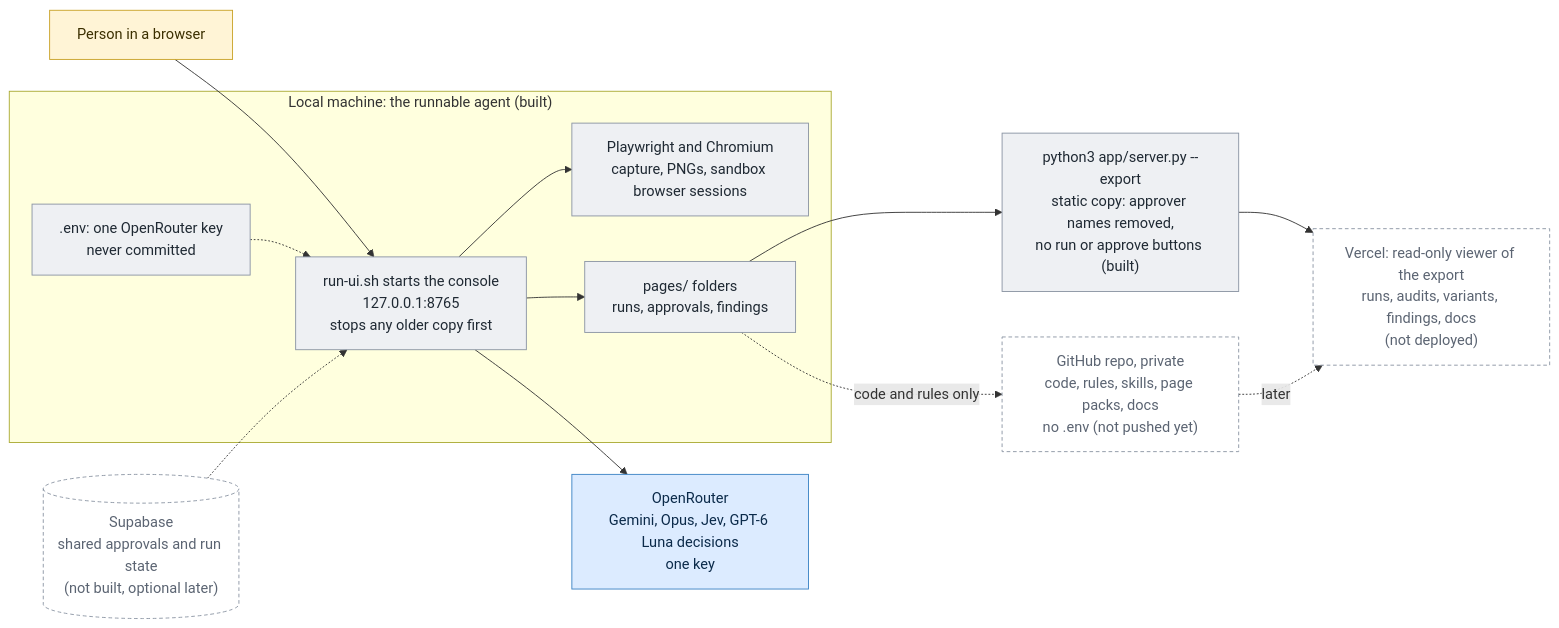
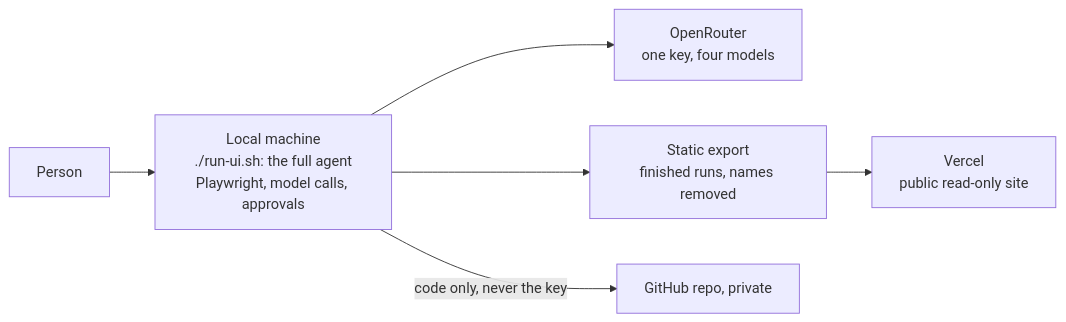
One commit to jtrnjn271994-cloud/sarvam-website-agent changed the third of 3 diagrams in docs/architecture.md. Above: the diagram before and after it, drawn with Mermaid. The commit also changed other lines of this file and 4 other files, not shown here.

Commit message:
Architecture back to the reference flow; Jev question groups; per-run flow diagram in findings; README walkthroughs for GitHub access and the Vercel key

````diff
--- a/docs/architecture.md
+++ b/docs/architecture.md
@@ -144,28 +86,8 @@
 ```mermaid
 flowchart LR
-    classDef p fill:#FFF4D6,stroke:#C9A227,color:#3b2f00
-    classDef s fill:#EEF0F3,stroke:#8A94A3,color:#1f2933
-    classDef m fill:#DCEBFF,stroke:#3B82C4,color:#0b2a4a
-    classDef later fill:#fff,stroke:#8A94A3,stroke-dasharray:4 3,color:#5b6472
-    U["Person in a browser"]:::p
-    subgraph LOCAL["Local machine: the runnable agent (built)"]
-        L1["run-ui.sh starts the console<br/>127.0.0.1:8765<br/>stops any older copy first"]:::s
-        L2["Playwright and Chromium<br/>capture, PNGs, sandbox browser sessions"]:::s
-        L3[".env: one OpenRouter key<br/>never committed"]:::s
-        L4["pages/ folders<br/>runs, approvals, findings"]:::s
-    end
-    OR["OpenRouter<br/>Gemini, Opus, Jev, GPT-6 Luna decisions<br/>one key"]:::m
-    EXP["python3 app/server.py --export<br/>static copy: approver names removed,<br/>no run or approve buttons (built)"]:::s
-    GH["GitHub repo, private<br/>code, rules, skills, page packs, docs<br/>no .env (not pushed yet)"]:::later
-    V["Vercel: read-only viewer of the export<br/>runs, audits, variants, findings, docs<br/>(not deployed)"]:::later
-    DB[("Supabase<br/>shared approvals and run state<br/>(not built, optional later)")]:::later
-    U --> L1
-    L1 --> L2
-    L1 --> L4
-    L1 --> OR
-    L3 -.-> L1
-    L4 --> EXP --> V
-    L4 -.code and rules only.-> GH
-    GH -.later.-> V
-    DB -.-> L1
+    U["Person"] --> L["Local machine<br/>./run-ui.sh: the full agent<br/>Playwright, model calls, approvals"]
+    L --> OR["OpenRouter<br/>one key, four models"]
+    L --> X["Static export<br/>finished runs, names removed"]
+    X --> V["Vercel<br/>public read-only site"]
+    L -->|code only, never the key| GH["GitHub repo, private"]
 ```
````
